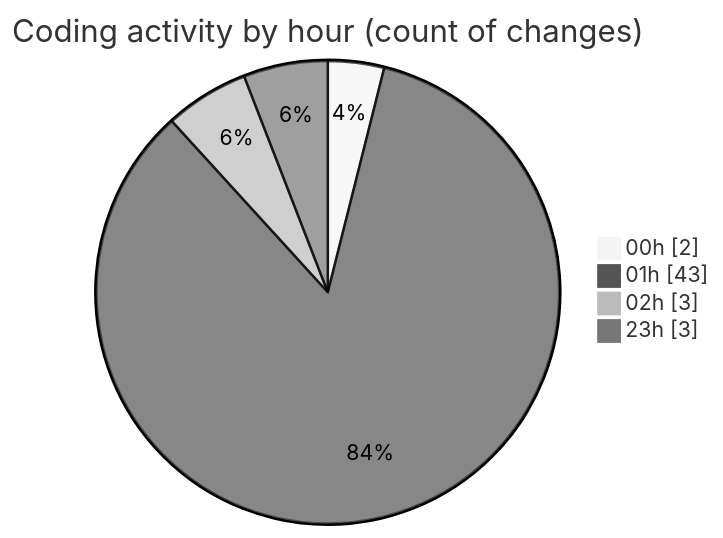
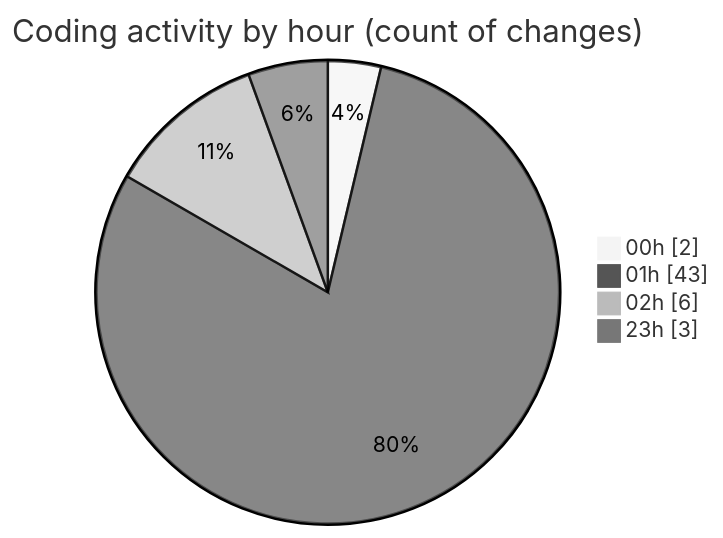
The second of 2 diagrams in 2025-07-16/nhahang/README.md (lephambinh05/code-tracking), drawn with Mermaid (neutral theme) before and after one commit. The commit also changed other lines of this file and 1 other file, not shown here.

````diff
--- a/2025-07-16/nhahang/README.md
+++ b/2025-07-16/nhahang/README.md
@@ -50,8 +51,8 @@
 ```mermaid
 pie showData
 title Coding activity by hour (count of changes)
 "00h" : 2
 "01h" : 43
-"02h" : 3
+"02h" : 6
 "23h" : 3
 ```
````
